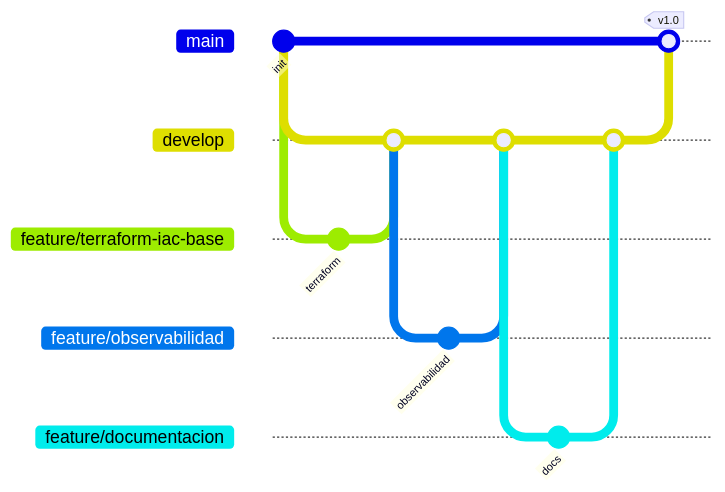
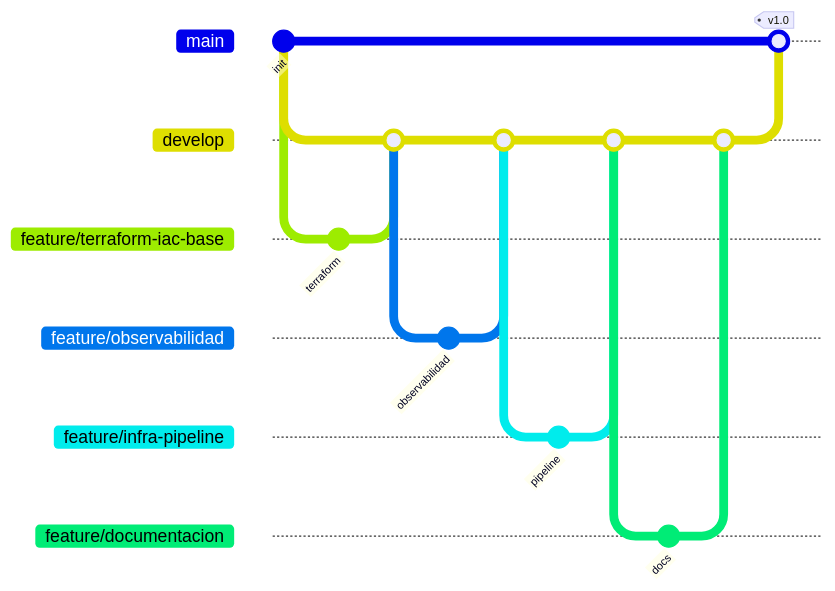
Before and after one commit to Luis-Mendaro/RetailStore-Obligatorio: the fourth of 4 diagrams in README.md, drawn with Mermaid.

Commit message:
unificar gitGraph en README con 4 ramas representativas

````diff
--- a/README.md
+++ b/README.md
@@ -292,23 +292,28 @@
 ```mermaid
 gitGraph
    commit id: "init"
    branch develop
    checkout develop
    branch "feature/terraform-iac-base"
    checkout "feature/terraform-iac-base"
    commit id: "terraform"
    checkout develop
    merge "feature/terraform-iac-base"
    branch "feature/observabilidad"
    checkout "feature/observabilidad"
    commit id: "observabilidad"
    checkout develop
    merge "feature/observabilidad"
+   branch "feature/infra-pipeline"
+   checkout "feature/infra-pipeline"
+   commit id: "pipeline"
+   checkout develop
+   merge "feature/infra-pipeline"
    branch "feature/documentacion"
    checkout "feature/documentacion"
    commit id: "docs"
    checkout develop
    merge "feature/documentacion"
    checkout main
    merge develop tag: "v1.0"
 ```
````
